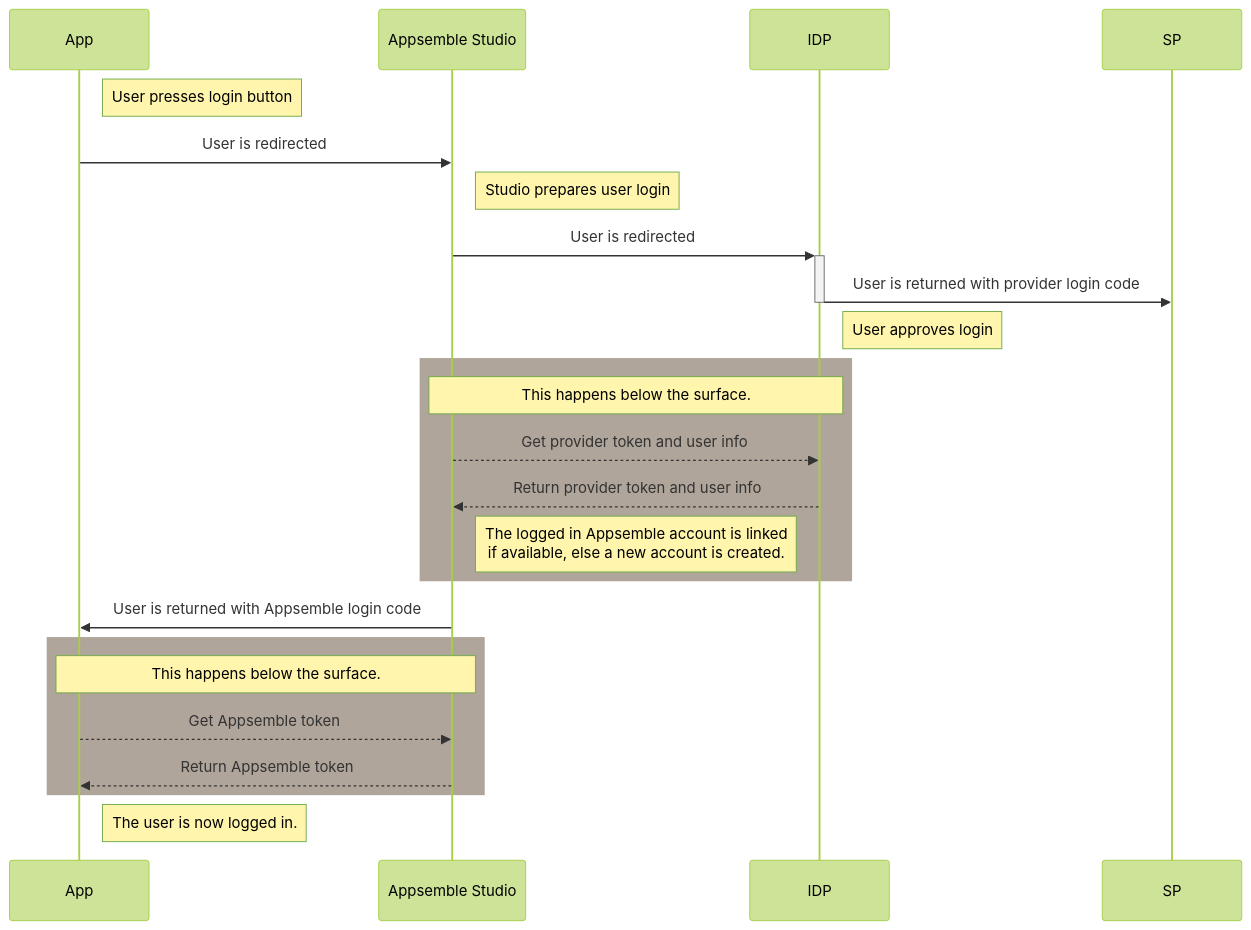
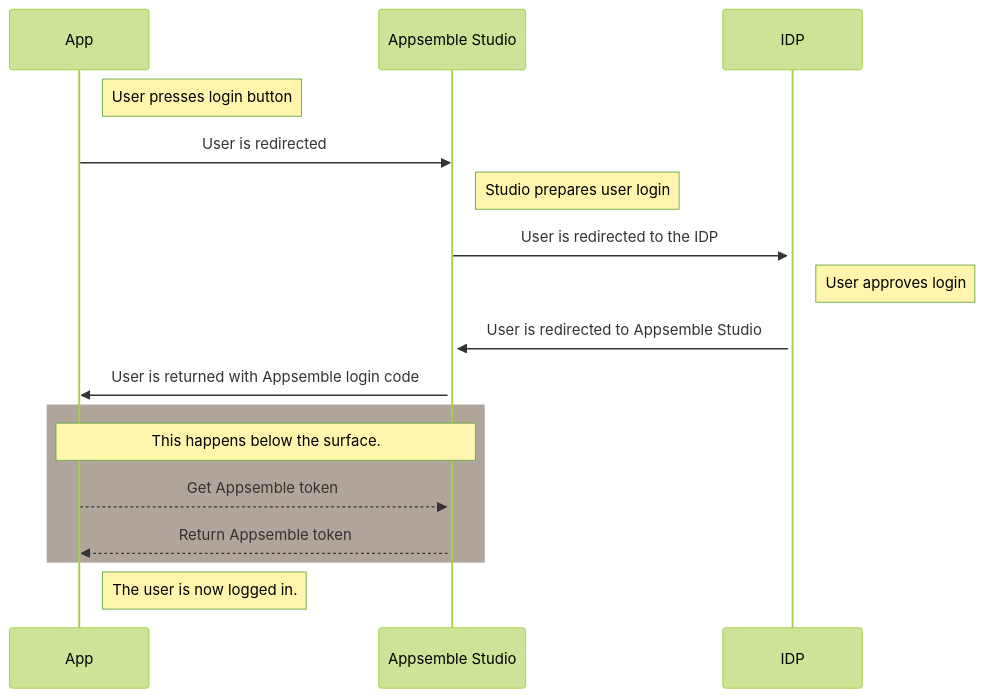
Before and after one commit to appsemble/appsemble: the diagram in docs/guide/saml.md, drawn with Mermaid (forest theme).

Commit message:
Fix SAML mermaid diagram

````diff
--- a/docs/guide/saml.md
+++ b/docs/guide/saml.md
@@ -35,25 +35,19 @@
 ```mermaid
 sequenceDiagram
   participant App
   participant Appsemble Studio
   participant IDP
   Note right of App: User presses login button
   App->>Appsemble Studio: User is redirected
   Note right of Appsemble Studio: Studio prepares user login
-  Appsemble Studio->>+IDP: User is redirected
-  IDP->>-SP: User is returned with provider login code
+  Appsemble Studio->>+IDP: User is redirected to the IDP
   Note right of IDP: User approves login
-  rect hsla(30, 30%, 30%, 0.5)
-    Note over Appsemble Studio,IDP: This happens below the surface.
-    Appsemble Studio-->>IDP: Get provider token and user info
-    IDP-->>Appsemble Studio: Return provider token and user info
-    Note right of Appsemble Studio: The logged in Appsemble account is linked<br/>if available, else a new account is created.
-  end
+  IDP->>+Appsemble Studio: User is redirected to Appsemble Studio
   Appsemble Studio->>App: User is returned with Appsemble login code
   rect hsla(30, 30%, 30%, 0.5)
     Note over App,Appsemble Studio: This happens below the surface.
     App-->>Appsemble Studio: Get Appsemble token
     Appsemble Studio-->>App: Return Appsemble token
   end
   Note right of App: The user is now logged in.
 ```
````
